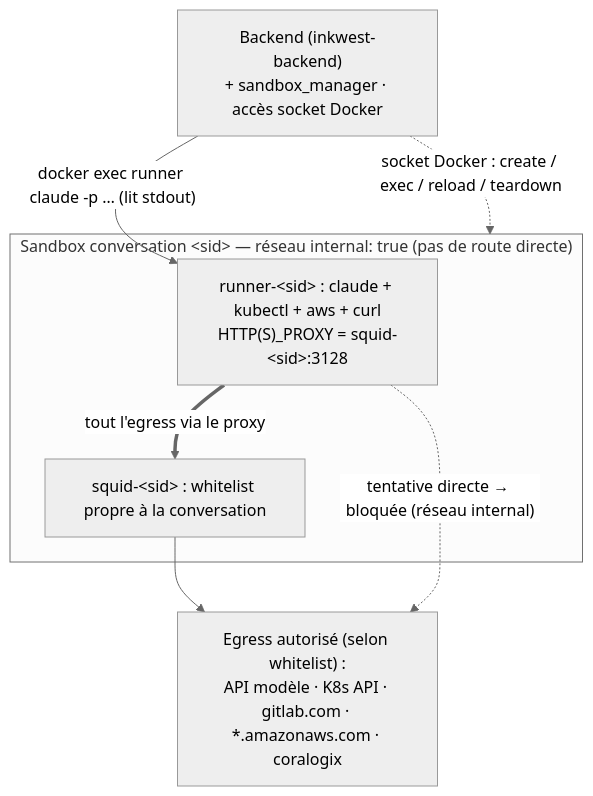
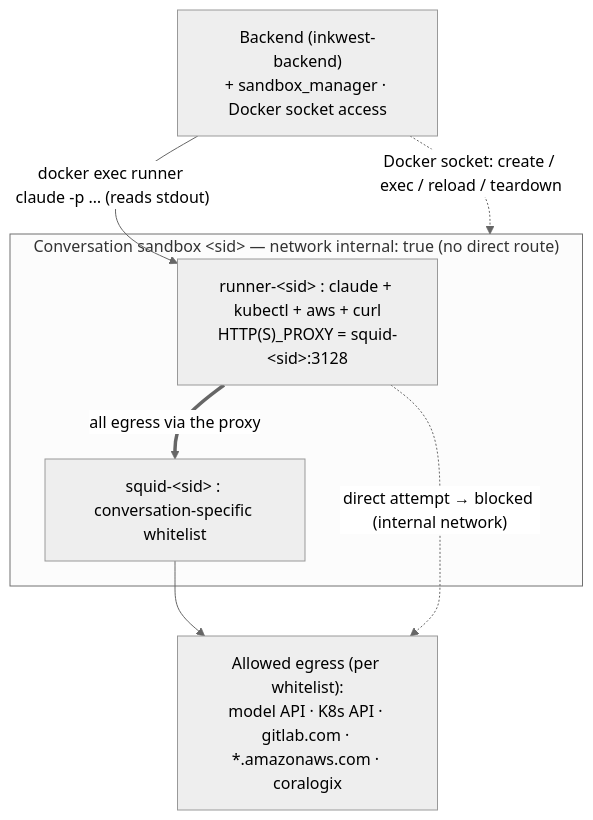
The first of 5 diagrams in docs/ARCHITECTURE_FLOW_PROPOSAL.md (inkwest/inkwest), drawn with Mermaid (neutral theme) before and after one commit. The commit also changed other lines of this file and 6 other files, not shown here.

````diff
--- a/docs/ARCHITECTURE_FLOW_PROPOSAL.md
+++ b/docs/ARCHITECTURE_FLOW_PROPOSAL.md
@@ -65,17 +65,17 @@
 ```mermaid
 flowchart TB
-    BE["Backend (inkwest-backend)<br/>+ sandbox_manager · accès socket Docker"]
+    BE["Backend (inkwest-backend)<br/>+ sandbox_manager · Docker socket access"]
 
-    subgraph CONV["Sandbox conversation &lt;sid&gt; — réseau internal: true (pas de route directe)"]
+    subgraph CONV["Conversation sandbox &lt;sid&gt; — network internal: true (no direct route)"]
       RUNNER["runner-&lt;sid&gt; : claude + kubectl + aws + curl<br/>HTTP(S)_PROXY = squid-&lt;sid&gt;:3128"]
-      SQUID["squid-&lt;sid&gt; : whitelist propre à la conversation"]
+      SQUID["squid-&lt;sid&gt; : conversation-specific whitelist"]
     end
 
-    EXT["Egress autorisé (selon whitelist) :<br/>API modèle · K8s API · gitlab.com · *.amazonaws.com · coralogix"]
+    EXT["Allowed egress (per whitelist):<br/>model API · K8s API · gitlab.com · *.amazonaws.com · coralogix"]
 
-    BE -->|"docker exec runner claude -p … (lit stdout)"| RUNNER
-    BE -.->|"socket Docker : create / exec / reload / teardown"| CONV
-    RUNNER ==>|"tout l'egress via le proxy"| SQUID
+    BE -->|"docker exec runner claude -p … (reads stdout)"| RUNNER
+    BE -.->|"Docker socket: create / exec / reload / teardown"| CONV
+    RUNNER ==>|"all egress via the proxy"| SQUID
     SQUID --> EXT
-    RUNNER -. "tentative directe → bloquée (réseau internal)" .-> EXT
+    RUNNER -. "direct attempt → blocked (internal network)" .-> EXT
 ```
````
